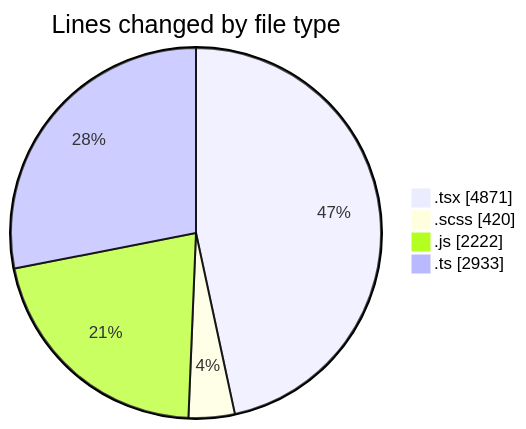
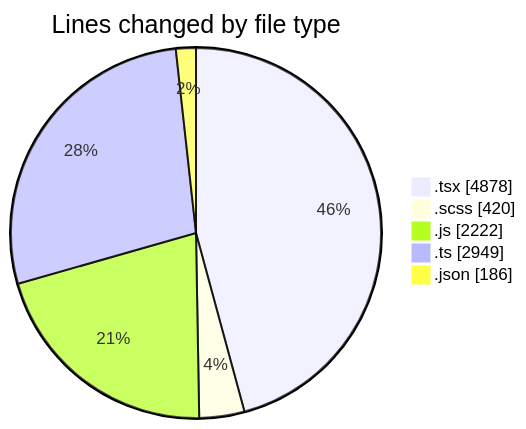
The first of 2 diagrams in 2026-06-17/cda/README.md (momahboobian/code-tracking), drawn with Mermaid before and after one commit. The commit also changed other lines of this file and 1 other file, not shown here.

````diff
--- a/2026-06-17/cda/README.md
+++ b/2026-06-17/cda/README.md
@@ -60,8 +61,9 @@
 ```mermaid
 pie showData
 title Lines changed by file type
-".tsx" : 4871
+".tsx" : 4878
 ".scss" : 420
 ".js" : 2222
-".ts" : 2933
+".ts" : 2949
+".json" : 186
 ```
````
